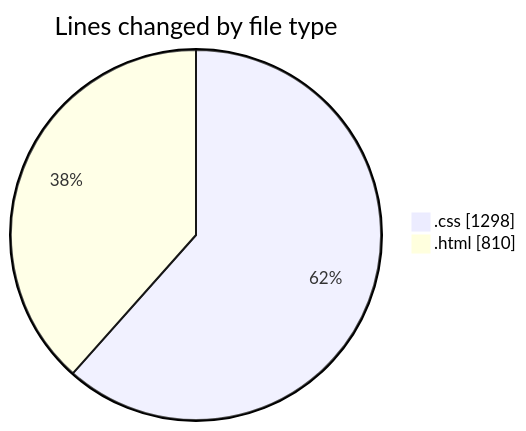
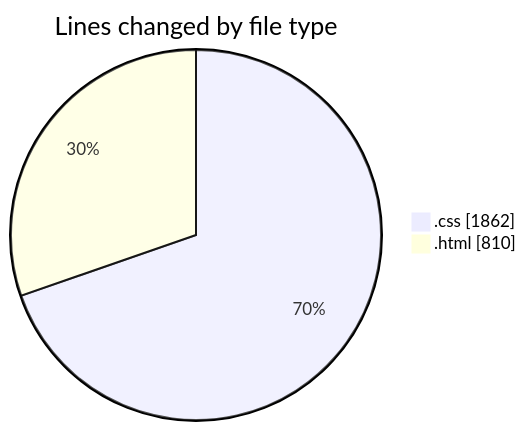
The first of 2 diagrams in 2025-12-30/budget_front_nest/README.md (igalym/code-tracking), drawn with Mermaid before and after one commit. The commit also changed other lines of this file and 1 other file, not shown here.

````diff
--- a/2025-12-30/budget_front_nest/README.md
+++ b/2025-12-30/budget_front_nest/README.md
@@ -27,6 +28,6 @@
 ```mermaid
 pie showData
 title Lines changed by file type
-".css" : 1298
+".css" : 1862
 ".html" : 810
 ```
````
